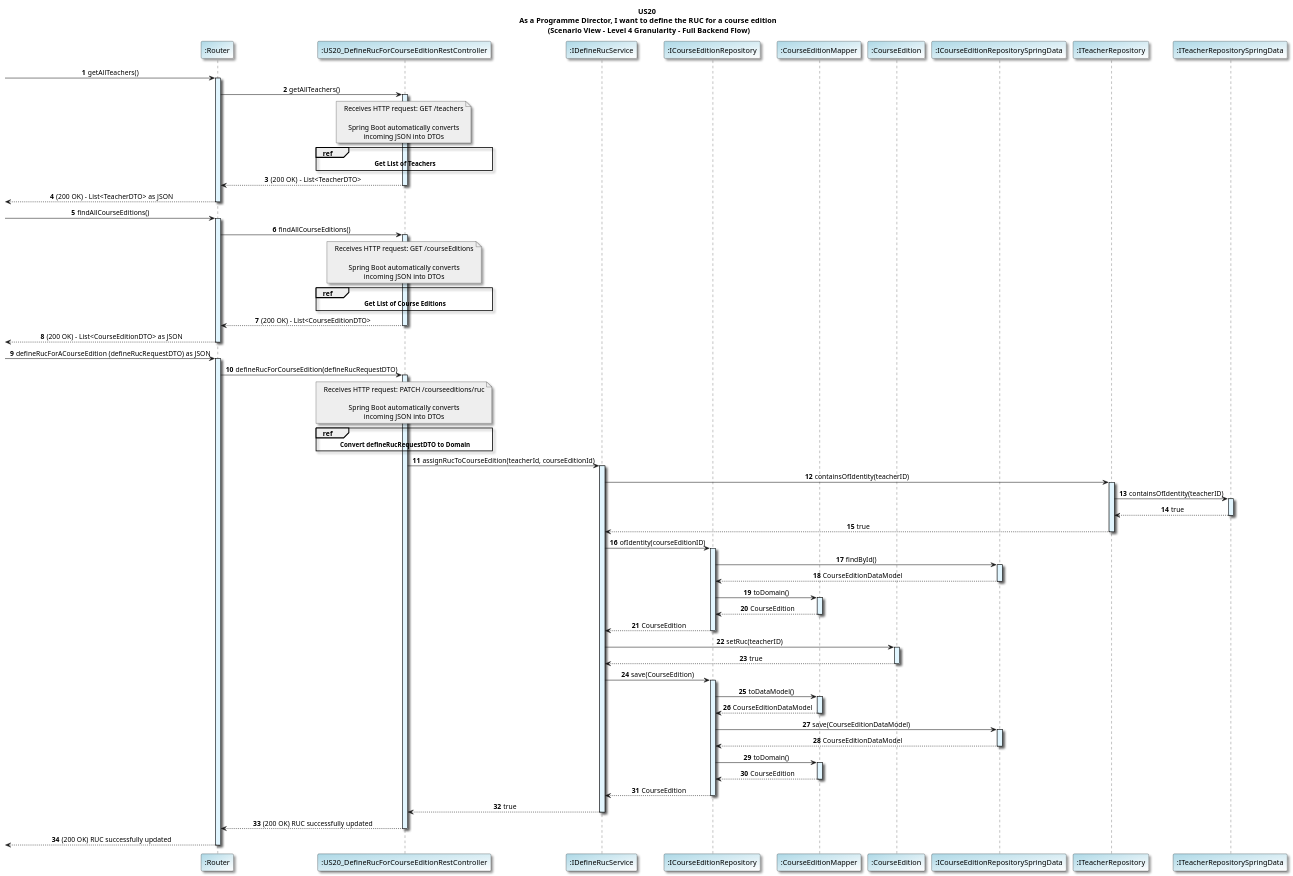
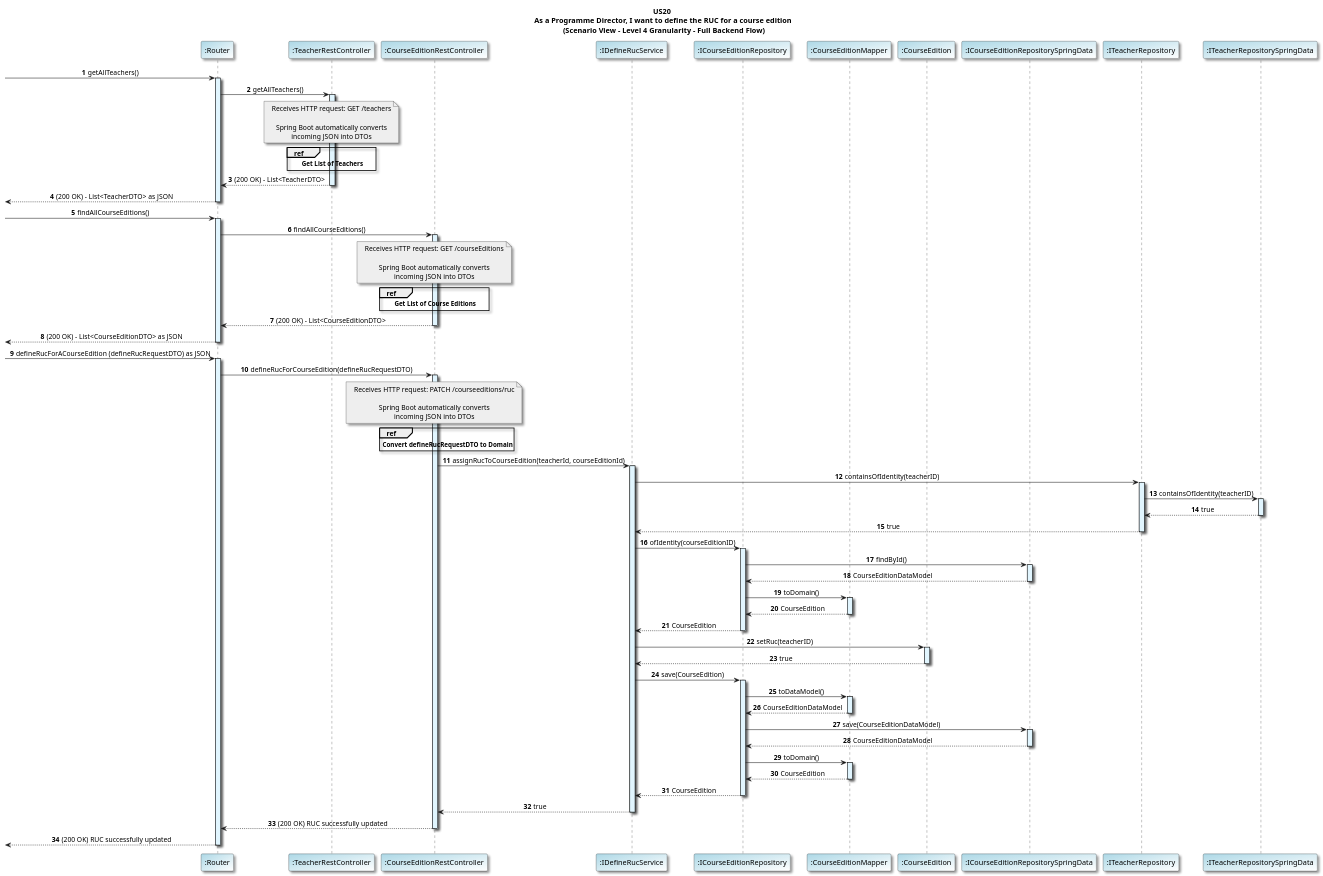
The diagram in docs/US20/sprint6_RestAPI/scenarioView/DefineRUCForACourseEdition_SequenceDiagram_Level4Granularity.puml (GasparISEP/DevOps-PAI), drawn with PlantUML before and after one commit. The commit also changed 2 other files, not shown here.

Commit message:
Refs #623, #536: Minor updates on Scenario view diagram with level 4 granularity and GetListOfTeachers Reference Diagram

```diff
--- a/docs/US20/sprint6_RestAPI/scenarioView/DefineRUCForACourseEdition_SequenceDiagram_Level4Granularity.puml
+++ b/docs/US20/sprint6_RestAPI/scenarioView/DefineRUCForACourseEdition_SequenceDiagram_Level4Granularity.puml
@@ -1,150 +1,151 @@
 @startuml
 title US20 \n As a Programme Director, I want to define the RUC for a course edition \n (Scenario View - Level 4 Granularity - Full Backend Flow)
 
 skinparam titleFontName "Verdana"
 skinparam defaultFontName "Verdana"
 skinparam defaultTextAlignment center
 skinparam shadowing true
 skinparam actorBackgroundColor #lightblue
 skinparam participantBackgroundColor #lightblue/white
 
 autonumber
 
 participant ":Router" as Router
-participant ":US20_DefineRucForCourseEditionRestController" as Controller
+participant ":TeacherRestController" as TeacherController
+participant ":CourseEditionRestController" as Controller
 participant ":IDefineRucService" as CourseService
 participant ":ICourseEditionRepository" as CourseRepo
 participant ":CourseEditionMapper" as CourseMapper
 participant ":CourseEdition" as CourseEdition
 participant ":ICourseEditionRepositorySpringData" as SpringCourseRepo
 participant ":ITeacherRepository" as TeacherRepo
 participant ":ITeacherRepositorySpringData" as TeacherRepoSpringData
 
 
 '--- Find Teachers ---
 -> Router: getAllTeachers()
 activate Router  #E1F5FE
-Router -> Controller : getAllTeachers()
-activate Controller #E1F5FE
+Router -> TeacherController : getAllTeachers()
+activate TeacherController #E1F5FE
 
-note over Controller #EEEEEE
+note over TeacherController #EEEEEE
 Receives HTTP request: GET /teachers
 
 Spring Boot automatically converts
 incoming JSON into DTOs
 end note
 
-ref over Controller
+ref over TeacherController
        <b>Get List of Teachers</b>
 end ref
 
-Controller --> Router:  (200 OK) – List<TeacherDTO>
-deactivate Controller
+TeacherController --> Router:  (200 OK) – List<TeacherDTO>
+deactivate TeacherController
 <-- Router: (200 OK) – List<TeacherDTO> as JSON
 deactivate Router
 
 
 ' --- Find Course Editions ---
 -> Router: findAllCourseEditions()
 activate Router  #E1F5FE
 Router -> Controller : findAllCourseEditions()
 activate Controller  #E1F5FE
 
 note over Controller #EEEEEE
 Receives HTTP request: GET /courseEditions
 
 Spring Boot automatically converts
 incoming JSON into DTOs
 end note
 
 ref over Controller
        <b>Get List of Course Editions</b>
 end ref
 
 Controller --> Router : (200 OK) - List<CourseEditionDTO>
 deactivate Controller
 <-- Router: (200 OK) - List<CourseEditionDTO> as JSON
 deactivate Router  #E1F5FE
 
 
 
 '--- Assign RUC to Course Edition ---
 -> Router: defineRucForACourseEdition (defineRucRequestDTO) as JSON
 activate Router  #E1F5FE
 Router -> Controller : defineRucForCourseEdition(defineRucRequestDTO)
 activate Controller #E1F5FE
 
 note over Controller #EEEEEE
 Receives HTTP request: PATCH /courseeditions/ruc
 
 Spring Boot automatically converts
 incoming JSON into DTOs
 end note
 
 
 ref over Controller
        <b>Convert defineRucRequestDTO to Domain</b>
 end ref
 
 Controller -> CourseService: assignRucToCourseEdition(teacherId, courseEditionId)
 
 
 activate CourseService #E1F5FE
 
 CourseService -> TeacherRepo: containsOfIdentity(teacherID)
 activate TeacherRepo #E1F5FE
 TeacherRepo -> TeacherRepoSpringData: containsOfIdentity(teacherID)
 activate TeacherRepoSpringData #E1F5FE
 TeacherRepoSpringData --> TeacherRepo: true
 deactivate TeacherRepoSpringData
 TeacherRepo --> CourseService: true
 deactivate TeacherRepo
 
 CourseService -> CourseRepo : ofIdentity(courseEditionID)
 activate CourseRepo #E1F5FE
 CourseRepo -> SpringCourseRepo : findById()
 activate SpringCourseRepo #E1F5FE
 
 SpringCourseRepo --> CourseRepo : CourseEditionDataModel
 deactivate SpringCourseRepo
 CourseRepo -> CourseMapper : toDomain()
 activate CourseMapper #E1F5FE
 CourseMapper --> CourseRepo : CourseEdition
 deactivate CourseMapper
 CourseRepo --> CourseService : CourseEdition
 deactivate CourseRepo
 
 
 CourseService -> CourseEdition : setRuc(teacherID)
 activate CourseEdition #E1F5FE
 CourseEdition --> CourseService : true
 deactivate CourseEdition
 
 
 CourseService -> CourseRepo : save(CourseEdition)
 activate CourseRepo #E1F5FE
 
 CourseRepo -> CourseMapper : toDataModel()
 activate CourseMapper #E1F5FE
 CourseMapper --> CourseRepo : CourseEditionDataModel
 deactivate CourseMapper
 CourseRepo -> SpringCourseRepo : save(CourseEditionDataModel)
 activate SpringCourseRepo #E1F5FE
 SpringCourseRepo --> CourseRepo : CourseEditionDataModel
 deactivate SpringCourseRepo
 CourseRepo -> CourseMapper : toDomain()
 activate CourseMapper #E1F5FE
 CourseMapper --> CourseRepo : CourseEdition
 deactivate CourseMapper
 CourseRepo --> CourseService : CourseEdition
 
 deactivate CourseRepo
 
 CourseService --> Controller : true
 deactivate CourseService
 Controller --> Router:  (200 OK) RUC successfully updated
 deactivate Controller
 <-- Router: (200 OK) RUC successfully updated
 deactivate Router
 
 @enduml
```
